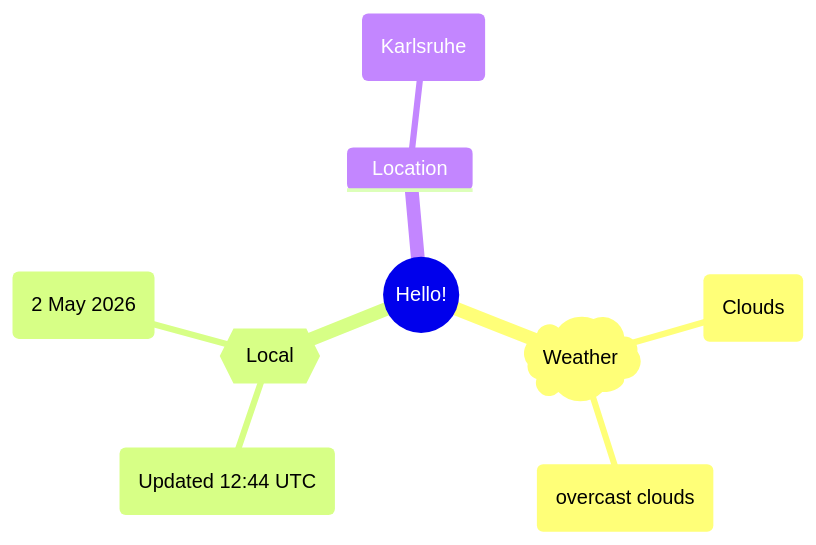
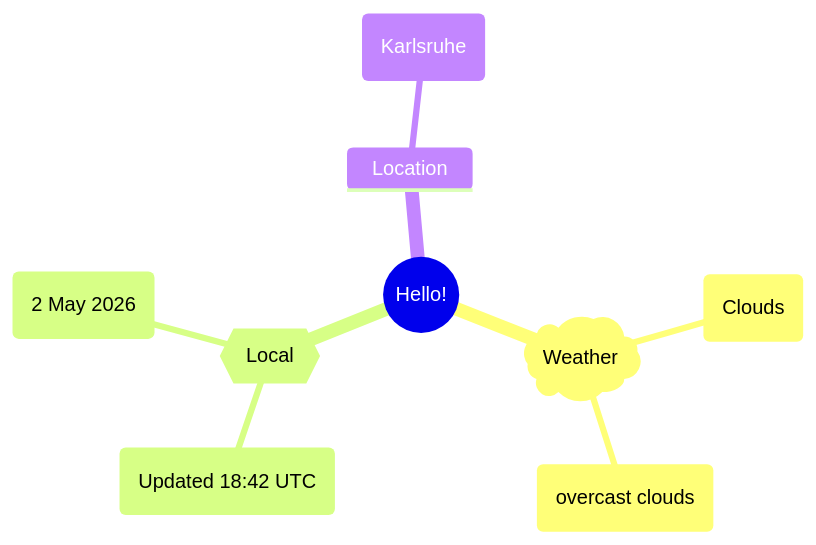
One commit to Xosrov/Xosrov changed the first of 2 diagrams in README.md. Above: the diagram before and after it, drawn with Mermaid.

Commit message:
[bot] updated images

````diff
--- a/README.md
+++ b/README.md
@@ -3,12 +3,12 @@
 ```mermaid
 mindmap
   root((Hello!))
     )Weather(
         (Clouds)
         (overcast clouds)
     {{Local}}
-        (Updated 12:44 UTC)
+        (Updated 18:42 UTC)
         (2 May 2026)
     Location
         (Karlsruhe)
 ```
````
